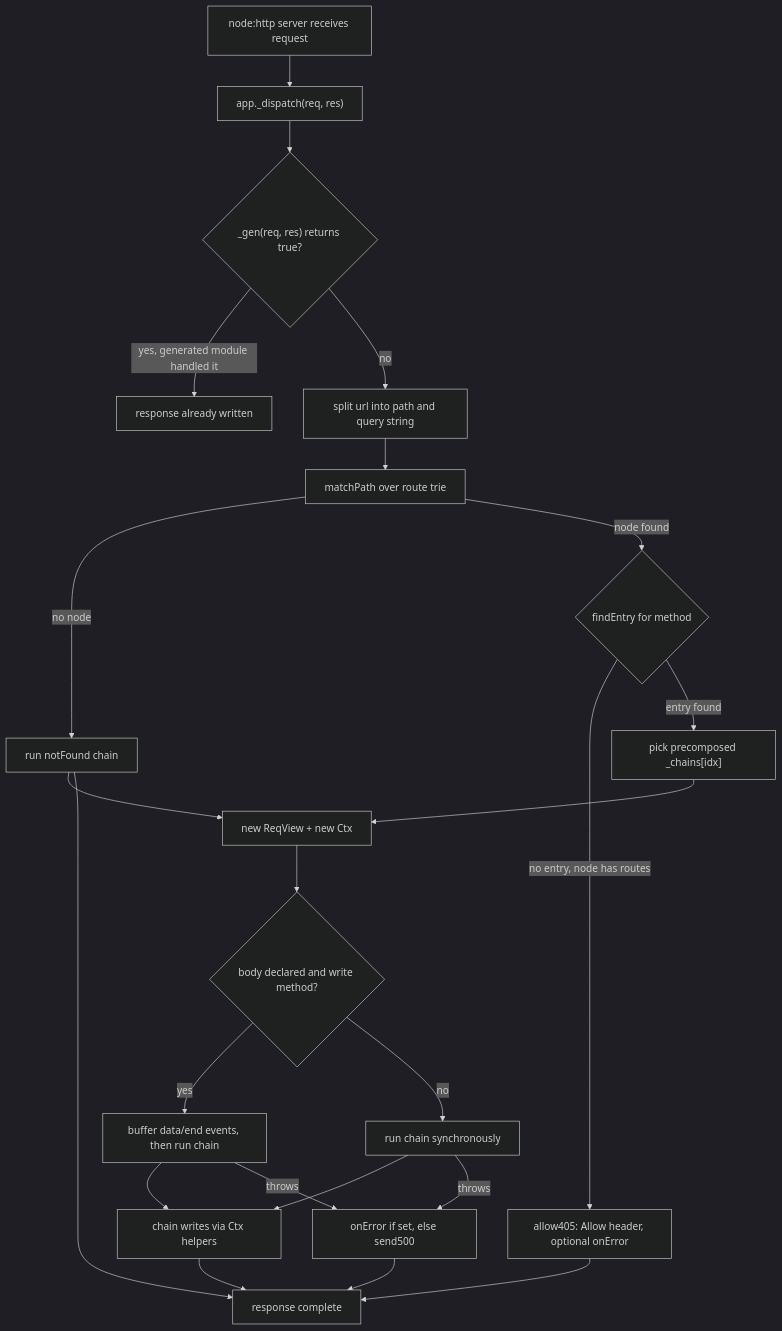
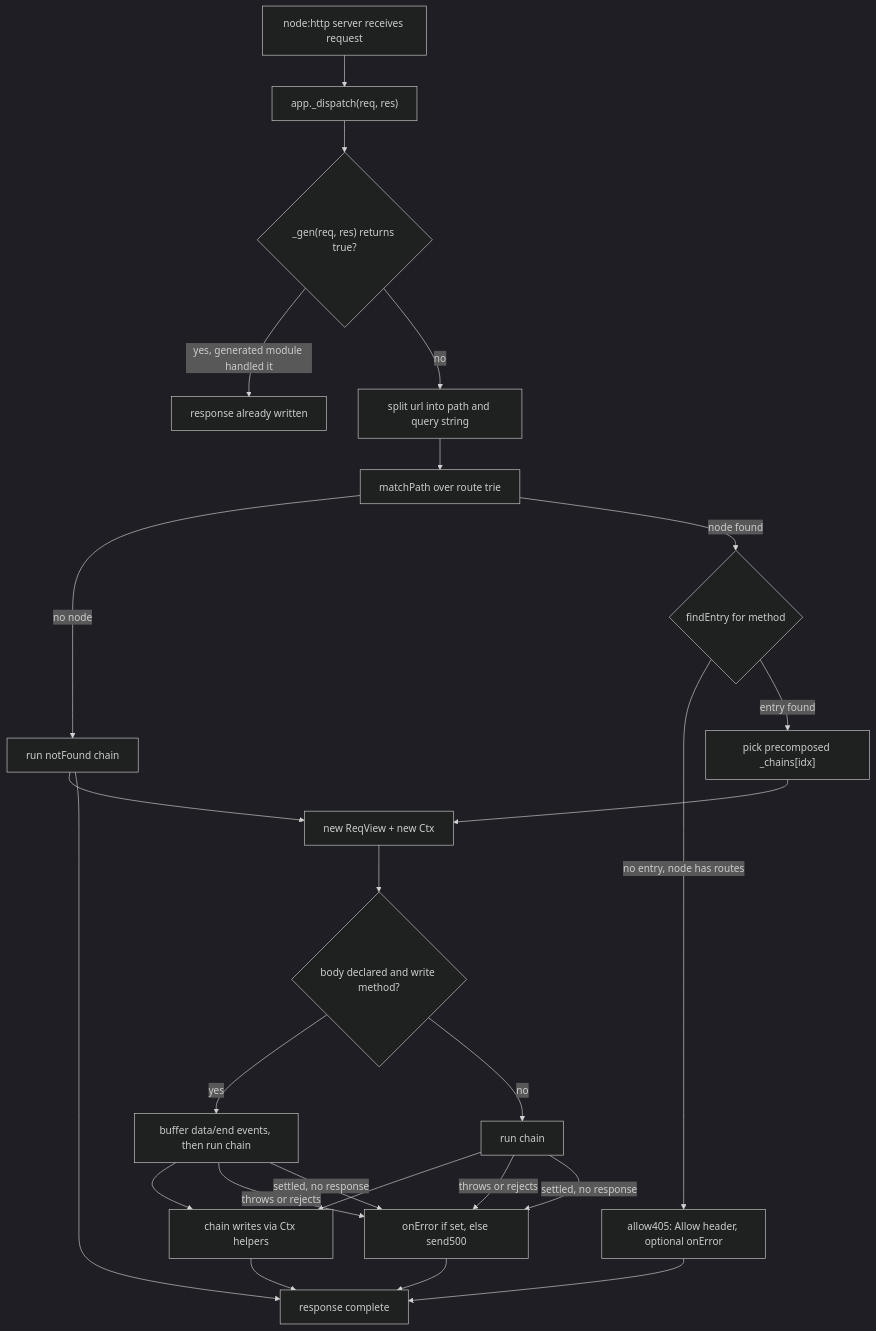
The diagram in ARCHITECTURE.md (sigilco/ch3), drawn with Mermaid (dark theme) before and after one commit. The commit also changed other lines of this file and 6 other files, not shown here.

First line of the commit message:
docs: async-first contract, architecture, and agent rules

````diff
--- a/ARCHITECTURE.md
+++ b/ARCHITECTURE.md
@@ -22,25 +27,27 @@
 ```mermaid
 flowchart TD
     A[node:http server receives request] --> B["app._dispatch(req, res)"]
     B --> C{"_gen(req, res) returns true?"}
     C -- "yes, generated module handled it" --> Z[response already written]
     C -- no --> D[split url into path and query string]
     D --> E["matchPath over route trie"]
     E -- "no node" --> F[run notFound chain]
     E -- "node found" --> G{"findEntry for method"}
     G -- "no entry, node has routes" --> H["allow405: Allow header, optional onError"]
     G -- entry found --> I["pick precomposed _chains[idx]"]
     F --> J[new ReqView + new Ctx]
     I --> J
     J --> K{"body declared and write method?"}
     K -- yes --> L["buffer data/end events, then run chain"]
-    K -- no --> M["run chain synchronously"]
+    K -- no --> M["run chain"]
     L --> N["chain writes via Ctx helpers"]
     M --> N
     N --> O[response complete]
-    M -- "throws" --> P["onError if set, else send500"]
-    L -- "throws" --> P
+    M -- "throws or rejects" --> P["onError if set, else send500"]
+    L -- "throws or rejects" --> P
+    M -- "settled, no response" --> P
+    L -- "settled, no response" --> P
     P --> O
     H --> O
     F --> O
 ```
````
